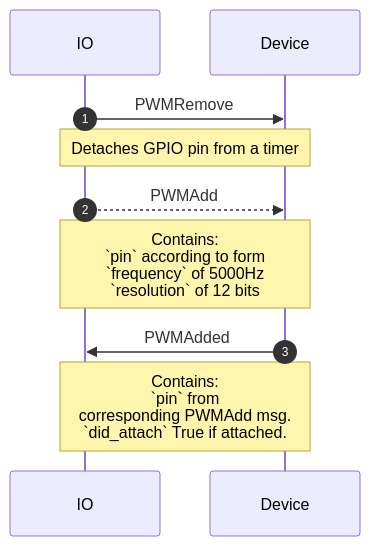
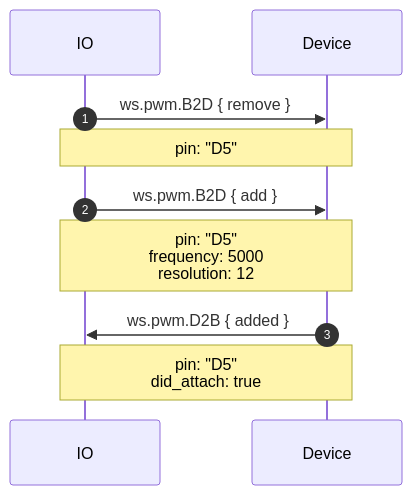
The third of 10 diagrams in proto/wippersnapper/docs/pwm.md (adafruit/Wippersnapper_Protobuf), drawn with Mermaid before and after one commit. The commit also changed other lines of this file and 10 other files, not shown here.

````diff
--- a/proto/wippersnapper/docs/pwm.md
+++ b/proto/wippersnapper/docs/pwm.md
@@ -42,12 +76,12 @@
 ```mermaid
 sequenceDiagram
 autonumber
-IO->>Device: PWMRemove
-Note over IO, Device: Detaches GPIO pin from a timer
+IO->>Device: ws.pwm.B2D { remove }
+Note over IO, Device: pin: "D5"
 
-IO-->>Device: PWMAdd
-Note over IO, Device: Contains:<br> `pin` according to form<br>`frequency` of 5000Hz<br> `resolution` of 12 bits
+IO->>Device: ws.pwm.B2D { add }
+Note over IO, Device: pin: "D5"<br/>frequency: 5000<br/>resolution: 12
 
-Device->>IO: PWMAdded
-Note over IO, Device: Contains:<br> `pin` from <br>corresponding PWMAdd msg. <br>`did_attach` True if attached.
+Device->>IO: ws.pwm.D2B { added }
+Note over IO, Device: pin: "D5"<br/>did_attach: true
 ```
````
